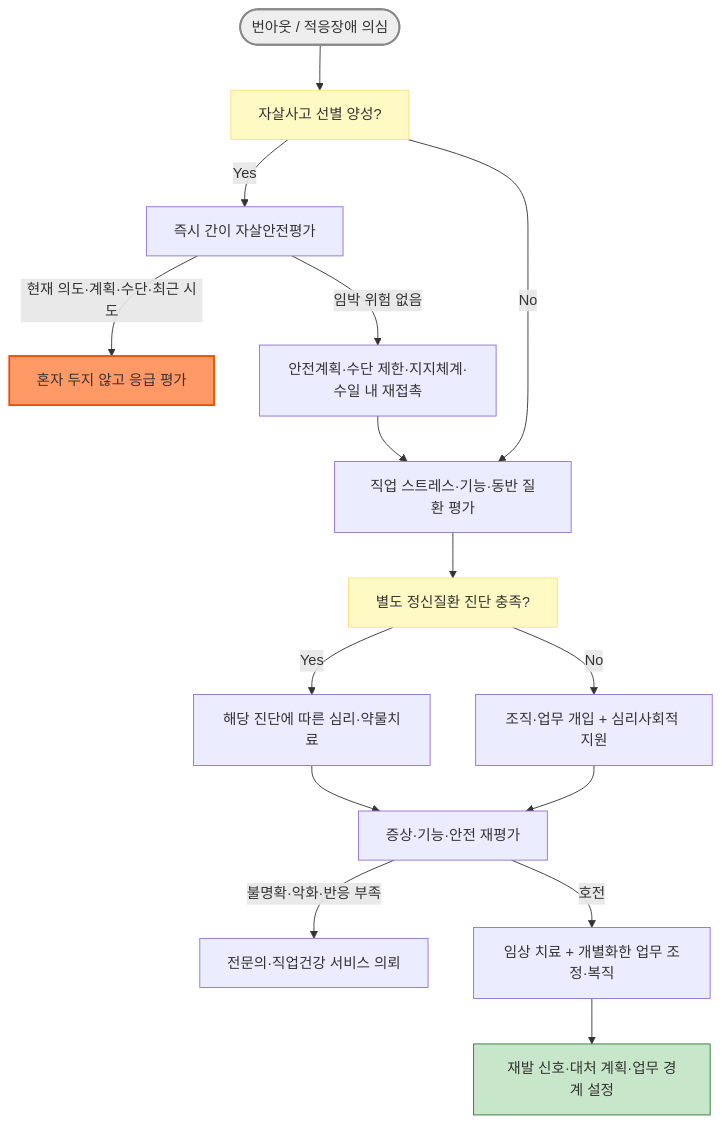
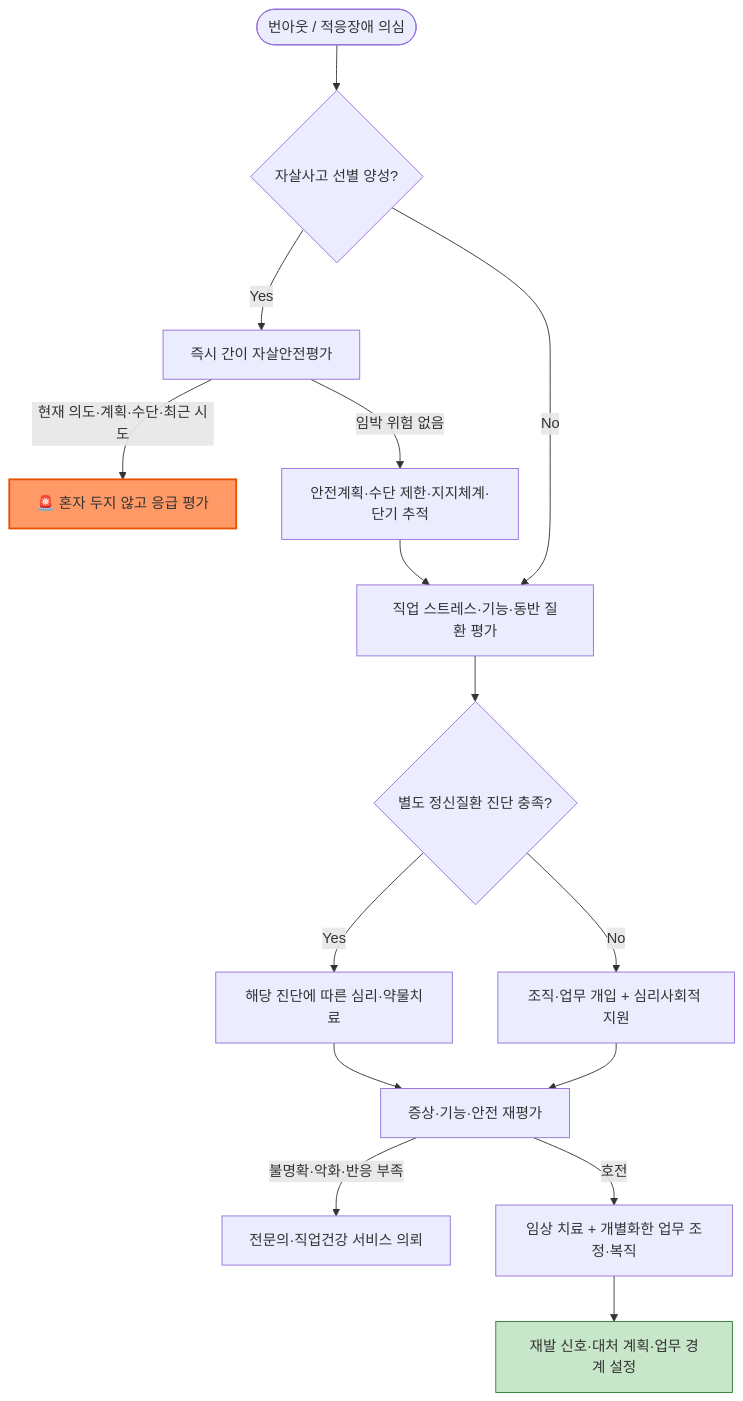
The diagram in 221_/032_1-burnout-stress-disorder.md (familyoh77/familyoh77), drawn with Mermaid before and after one commit. The commit also changed other lines of this file, not shown here.

````diff
--- a/221_/032_1-burnout-stress-disorder.md
+++ b/221_/032_1-burnout-stress-disorder.md
@@ -231,23 +239,20 @@
 ```mermaid
 graph TD
-    A([번아웃 / 적응장애 의심]) --> B["자살사고 선별 양성?"]
+    A([번아웃 / 적응장애 의심]) --> B{"자살사고 선별 양성?"}
     B -->|Yes| C["즉시 간이 자살안전평가"]
-    C -->|"현재 의도·계획·수단·최근 시도"| REF["혼자 두지 않고 응급 평가"]
-    C -->|"임박 위험 없음"| SAFE["안전계획·수단 제한·지지체계·수일 내 재접촉"]
+    C -->|"현재 의도·계획·수단·최근 시도"| REF["🚨 혼자 두지 않고 응급 평가"]
+    C -->|"임박 위험 없음"| SAFE["안전계획·수단 제한·지지체계·단기 추적"]
     B -->|No| D["직업 스트레스·기능·동반 질환 평가"]
     SAFE --> D
-    D --> E["별도 정신질환 진단 충족?"]
+    D --> E{"별도 정신질환 진단 충족?"}
     E -->|Yes| F["해당 진단에 따른 심리·약물치료"]
     E -->|No| G["조직·업무 개입 + 심리사회적 지원"]
     F --> H["증상·기능·안전 재평가"]
     G --> H
     H -->|"불명확·악화·반응 부족"| CON["전문의·직업건강 서비스 의뢰"]
     H -->|호전| RTW["임상 치료 + 개별화한 업무 조정·복직"]
     RTW --> PREV["재발 신호·대처 계획·업무 경계 설정"]
 
-    style A fill:#eeeeee,stroke:#888888,stroke-width:2px
-    style B fill:#fff9c4,stroke:#ffe082
-    style E fill:#fff9c4,stroke:#ffe082
     style REF fill:#f96,stroke:#e65100,stroke-width:2px
     style PREV fill:#c8e6c9,stroke:#2e7d32,stroke-width:1px
 ```
````
